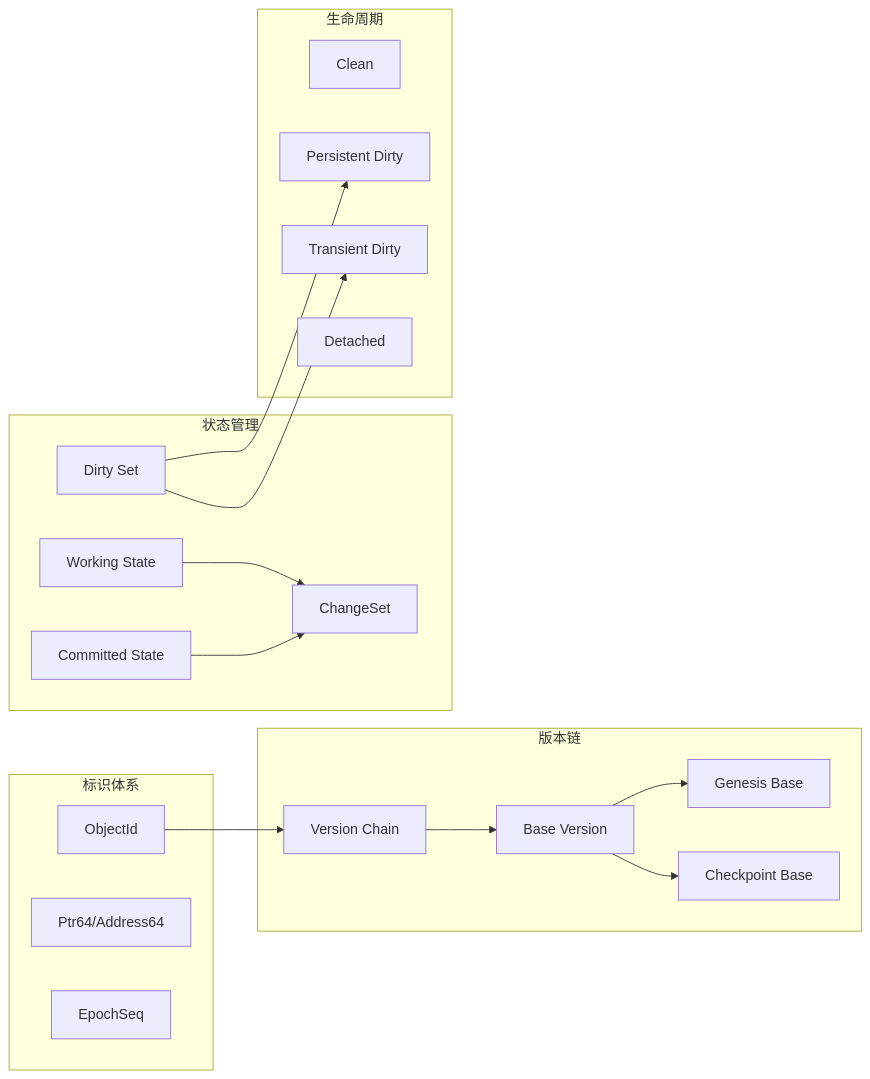
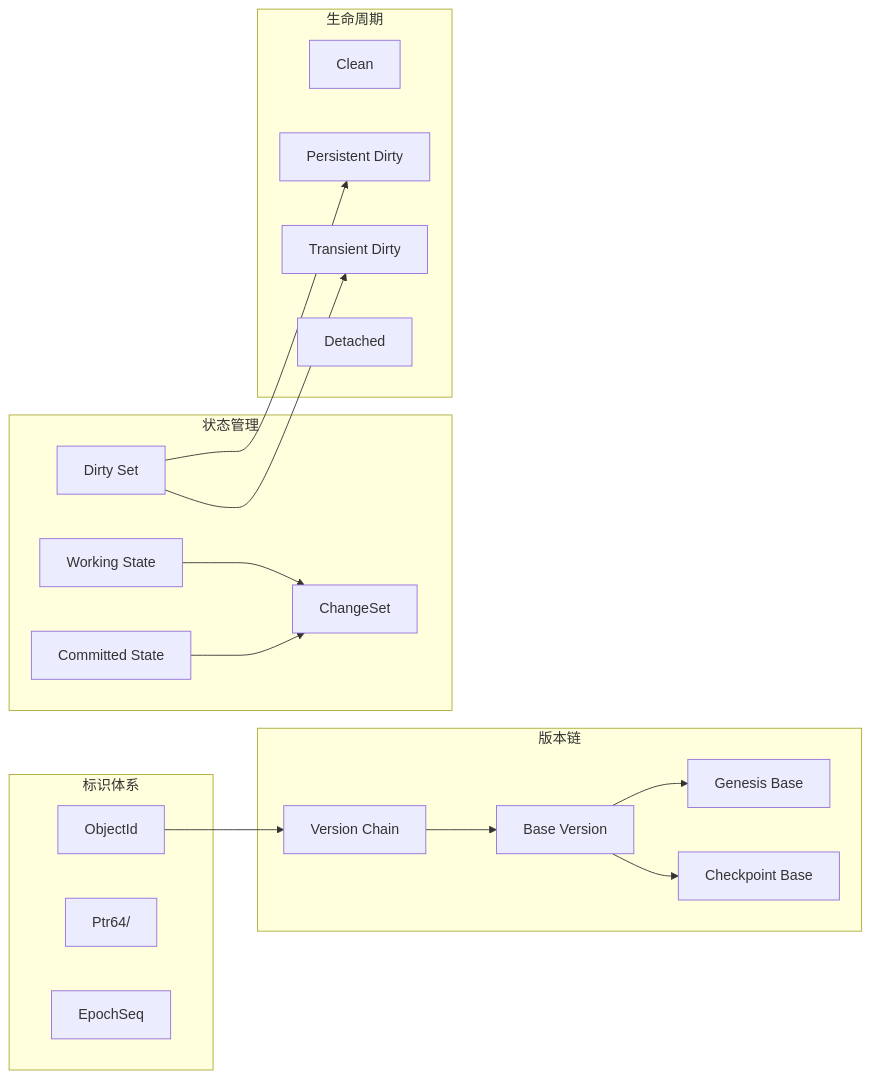
One commit to Robird/agent-team-v0 changed the diagram in agent-team/meeting/2025-12-21-statejournal-impl-readiness-review.md. Above: the diagram before and after it, drawn with Mermaid. The commit also changed 79 other files, not shown here.

````diff
--- a/agent-team/meeting/2025-12-21-statejournal-impl-readiness-review.md
+++ b/agent-team/meeting/2025-12-21-statejournal-impl-readiness-review.md
@@ -75,39 +75,39 @@
 ```mermaid
 graph LR
     subgraph "标识体系"
         ObjectId[ObjectId]
-        Ptr64[Ptr64/Address64]
+        Ptr64[Ptr64/<deleted-place-holder>]
         EpochSeq[EpochSeq]
     end
     
     subgraph "版本链"
         VersionChain[Version Chain]
         BaseVersion[Base Version]
         GenesisBase[Genesis Base]
         CheckpointBase[Checkpoint Base]
     end
     
     subgraph "状态管理"
         WorkingState[Working State]
         CommittedState[Committed State]
         ChangeSet[ChangeSet]
         DirtySet[Dirty Set]
     end
     
     subgraph "生命周期"
         Clean[Clean]
         PersistentDirty[Persistent Dirty]
         TransientDirty[Transient Dirty]
         Detached[Detached]
     end
     
     ObjectId --> VersionChain
     VersionChain --> BaseVersion
     BaseVersion --> GenesisBase
     BaseVersion --> CheckpointBase
     
     WorkingState --> ChangeSet
     CommittedState --> ChangeSet
     DirtySet --> PersistentDirty
     DirtySet --> TransientDirty
 ```
````
